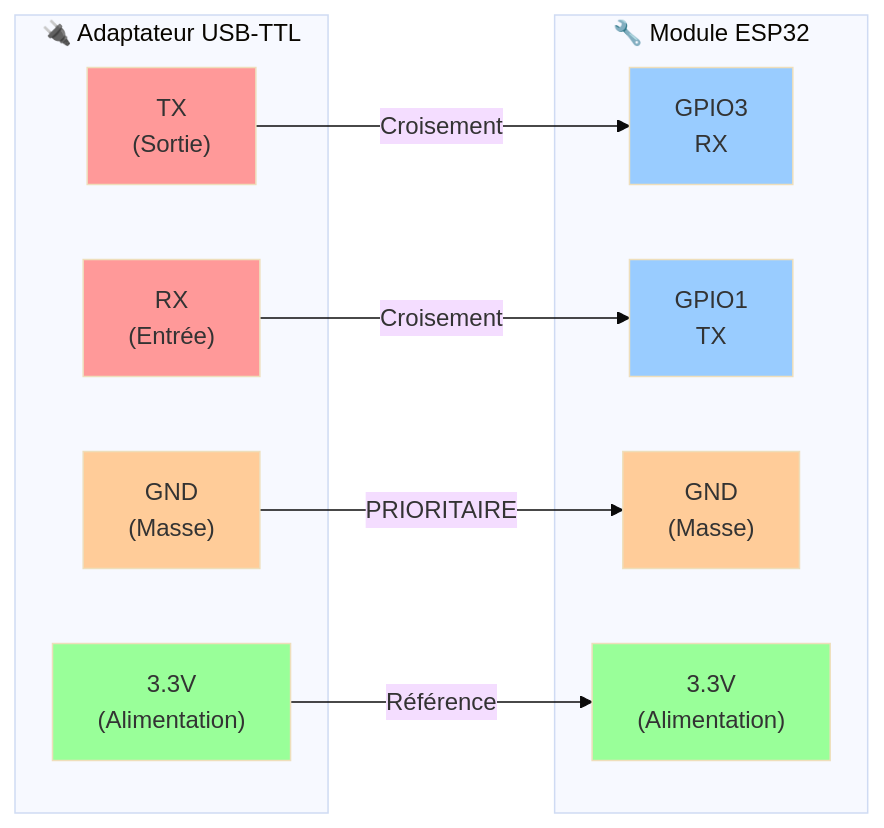
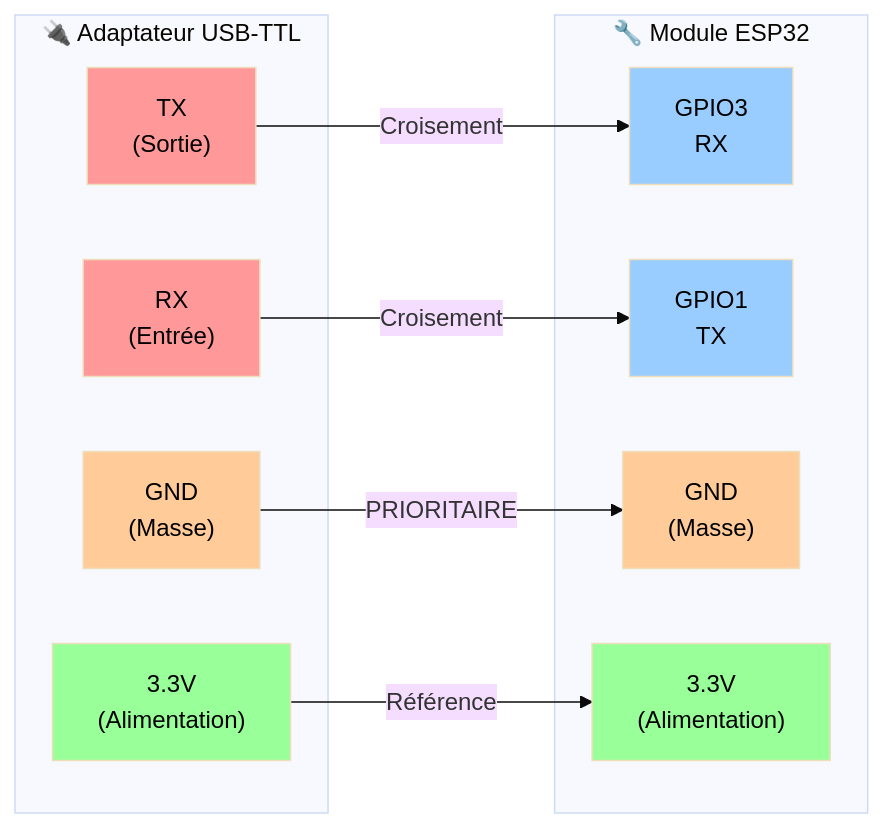
Before and after one commit to nemo2506/MS-MMS-RESTFULL: the second of 2 diagrams in docs/MOS_ESP32_GESTIONNAIRE_DE_CHARGE.md, drawn with Mermaid (base theme).

Commit message:
DOCS MOS ESP32 PORT MOUNT updated 2

````diff
--- a/docs/MOS_ESP32_GESTIONNAIRE_DE_CHARGE.md
+++ b/docs/MOS_ESP32_GESTIONNAIRE_DE_CHARGE.md
@@ -104,30 +104,30 @@
 ```mermaid
 graph LR
     subgraph USB["🔌 Adaptateur USB-TTL"]
         RX["RX<br/>(Entrée)"]
         TX["TX<br/>(Sortie)"]
         GND_USB["GND<br/>(Masse)"]
         VCC["3.3V<br/>(Alimentation)"]
     end
     
     subgraph ESP["🔧 Module ESP32"]
         GPIO3["GPIO3<br/>RX"]
         GPIO1["GPIO1<br/>TX"]
         GND_ESP["GND<br/>(Masse)"]
         VCC_ESP["3.3V<br/>(Alimentation)"]
     end
     
     RX -->|Croisement| GPIO1
     TX -->|Croisement| GPIO3
     GND_USB -->|PRIORITAIRE| GND_ESP
     VCC -->|Référence| VCC_ESP
     
-    style RX fill:#ff9999
-    style TX fill:#ff9999
-    style GND_USB fill:#ffcc99
-    style VCC fill:#99ff99
-    style GPIO3 fill:#99ccff
-    style GPIO1 fill:#99ccff
-    style GND_ESP fill:#ffcc99
-    style VCC_ESP fill:#99ff99
+    style RX fill:#ff9999,color:#000
+    style TX fill:#ff9999,color:#000
+    style GND_USB fill:#ffcc99,color:#000
+    style VCC fill:#99ff99,color:#000
+    style GPIO3 fill:#99ccff,color:#000
+    style GPIO1 fill:#99ccff,color:#000
+    style GND_ESP fill:#ffcc99,color:#000
+    style VCC_ESP fill:#99ff99,color:#000
 ```
````
